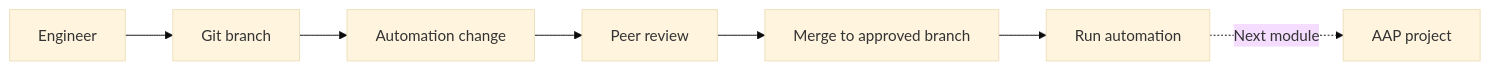
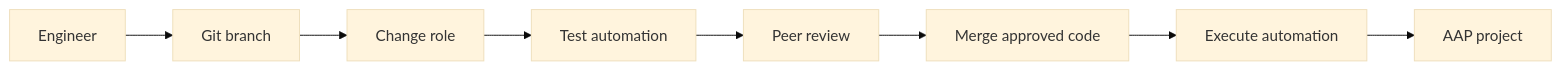
Before and after one commit to Ansible-workshop-ch/bootcamp: the third of 5 diagrams in module06/roles-and-code-first.md, drawn with Mermaid (base theme). The commit also changed other lines of this file, not shown here.

Commit message:
module 6 update

````diff
--- a/module06/roles-and-code-first.md
+++ b/module06/roles-and-code-first.md
@@ -220,9 +465,10 @@
 ```mermaid
 flowchart LR
     DEV[Engineer] --> BRANCH[Git branch]
-    BRANCH --> CHANGE[Automation change]
-    CHANGE --> REVIEW[Peer review]
-    REVIEW --> MERGE[Merge to approved branch]
-    MERGE --> RUN[Run automation]
-    RUN -.Next module.-> AAP[AAP project]
+    BRANCH --> CHANGE[Change role]
+    CHANGE --> TEST[Test automation]
+    TEST --> REVIEW[Peer review]
+    REVIEW --> MERGE[Merge approved code]
+    MERGE --> RUN[Execute automation]
+    RUN --> AAP[AAP project]
 ```
````
